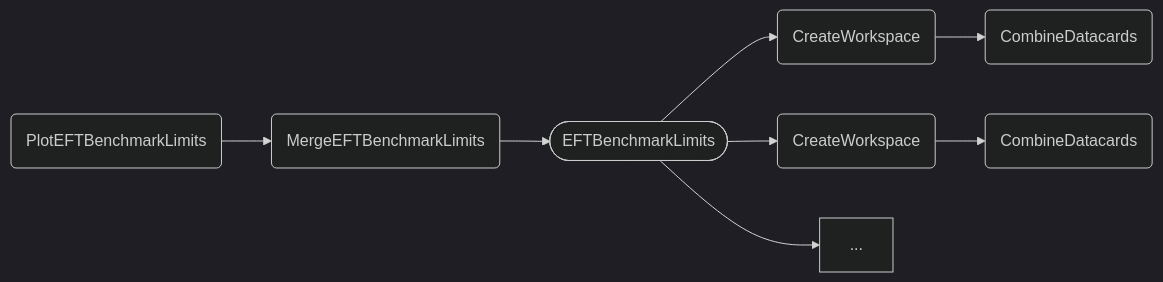
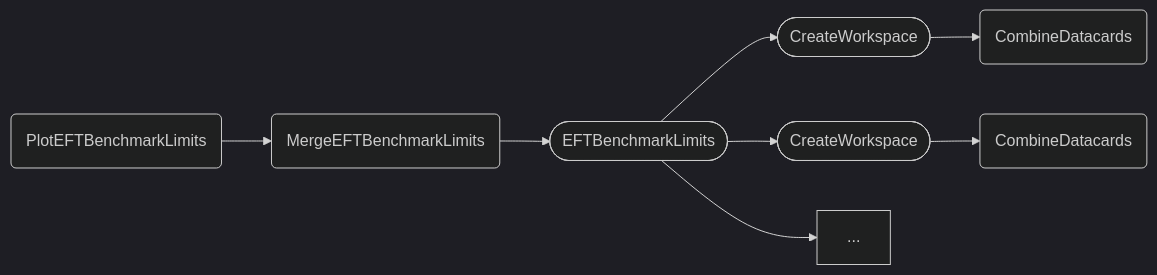
Before and after one commit to cms-hh/inference_tools: the diagram in docs/content/tasks/eft.md, drawn with Mermaid (dark theme). The commit also changed 8 other files, not shown here.

````diff
--- a/docs/content/tasks/eft.md
+++ b/docs/content/tasks/eft.md
@@ -99,10 +99,10 @@
 ```mermaid
 graph LR;
     A(PlotEFTBenchmarkLimits) --> B(MergeEFTBenchmarkLimits);
     B --> C([EFTBenchmarkLimits]);
-    C --> D1(CreateWorkspace);
-    C --> D2(CreateWorkspace);
+    C --> D1([CreateWorkspace]);
+    C --> D2([CreateWorkspace]);
     C --> ...;
     D1 --> E1(CombineDatacards);
     D2 --> E2(CombineDatacards);
 ```
````
